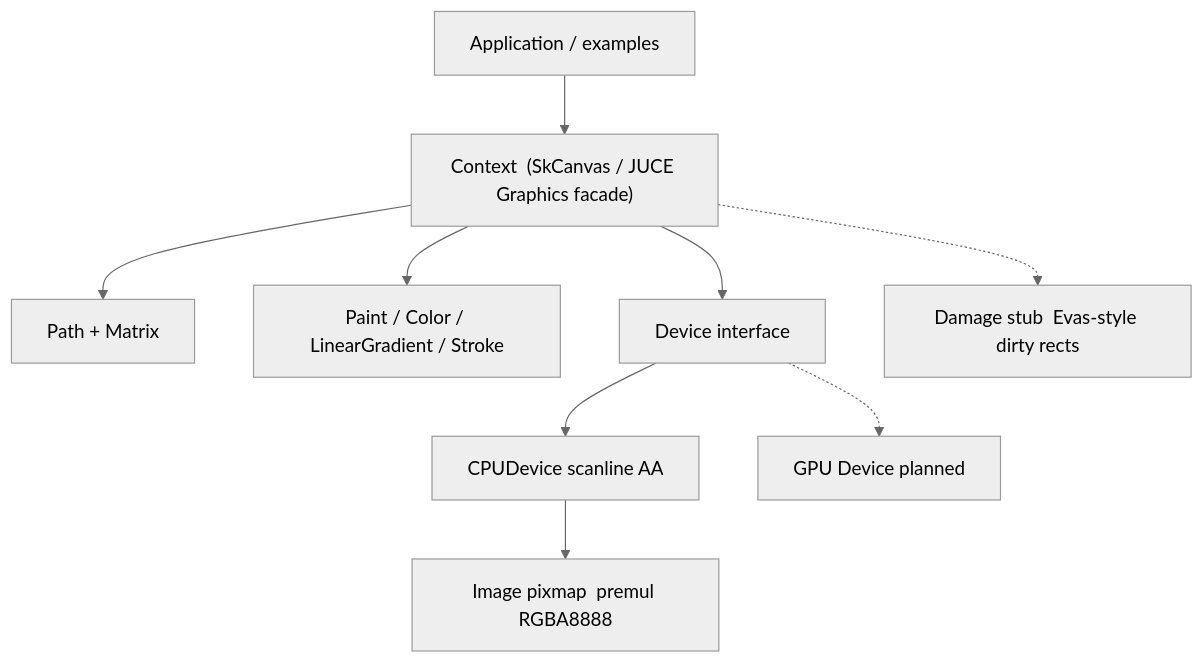
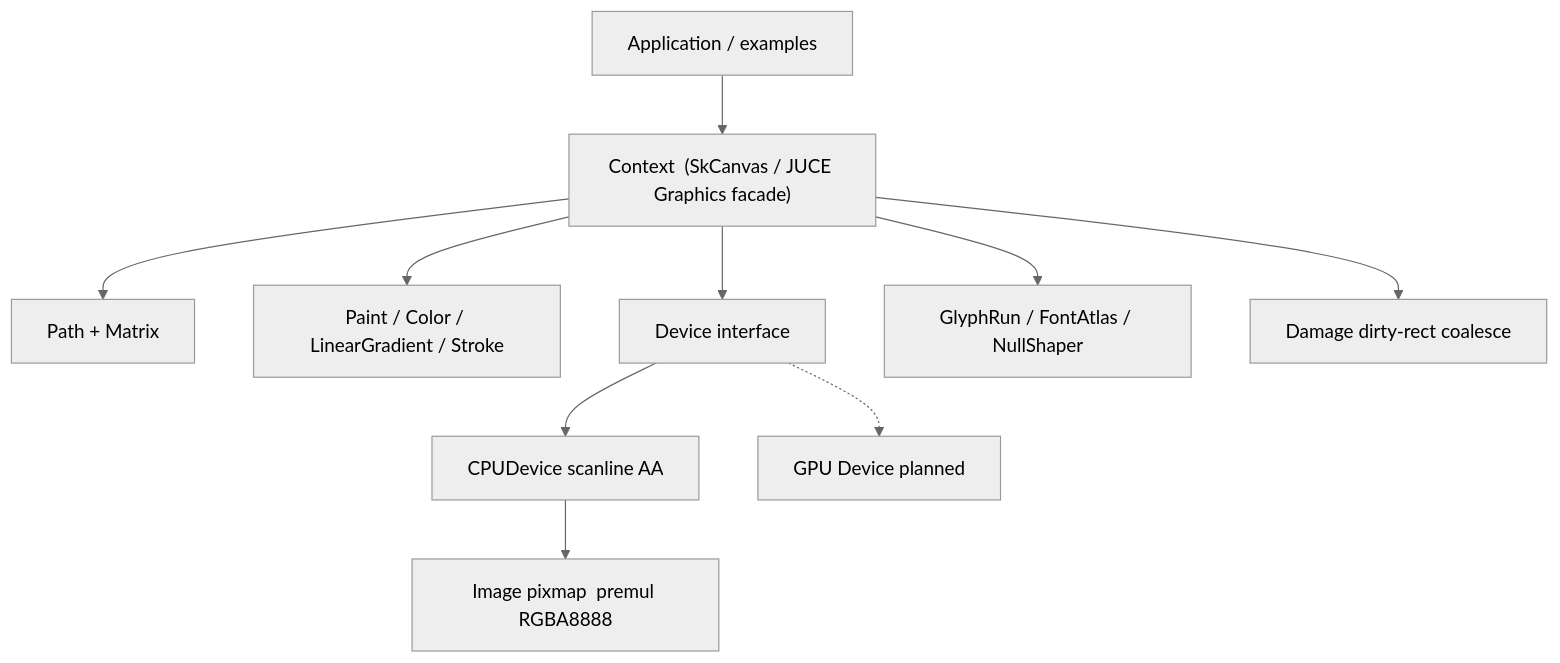
Before and after one commit to codemodify/paintengine2d: the diagram in README.md, drawn with Mermaid (neutral theme). The commit also changed other lines of this file and 12 other files, not shown here.

First line of the commit message:
feat: v0.3.0 UI subset, damage helper, text hooks

````diff
--- a/README.md
+++ b/README.md
@@ -96,11 +88,12 @@
 ```mermaid
 flowchart TB
     App["Application / examples"] --> Ctx["Context  (SkCanvas / JUCE Graphics facade)"]
     Ctx --> Path["Path + Matrix"]
     Ctx --> Paint["Paint / Color / LinearGradient / Stroke"]
     Ctx --> Dev["Device interface"]
     Dev --> CPU["CPUDevice  scanline AA"]
     Dev -.-> GPU["GPU Device  planned"]
     CPU --> Pix["Image pixmap  premul RGBA8888"]
-    Ctx -.-> Dmg["Damage stub  Evas-style dirty rects"]
+    Ctx --> Text["GlyphRun / FontAtlas / NullShaper"]
+    Ctx --> Dmg["Damage  dirty-rect coalesce"]
 ```
````
